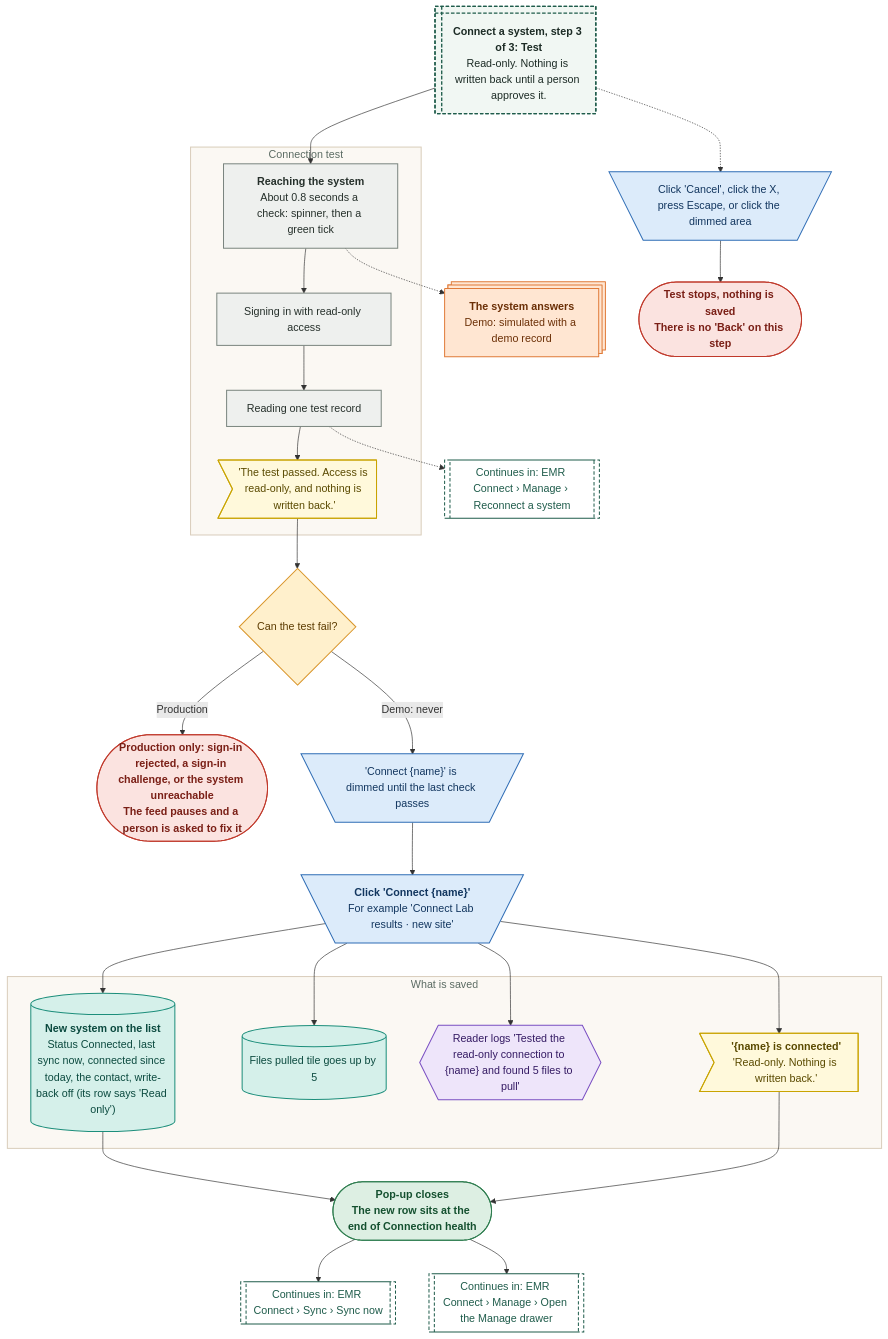
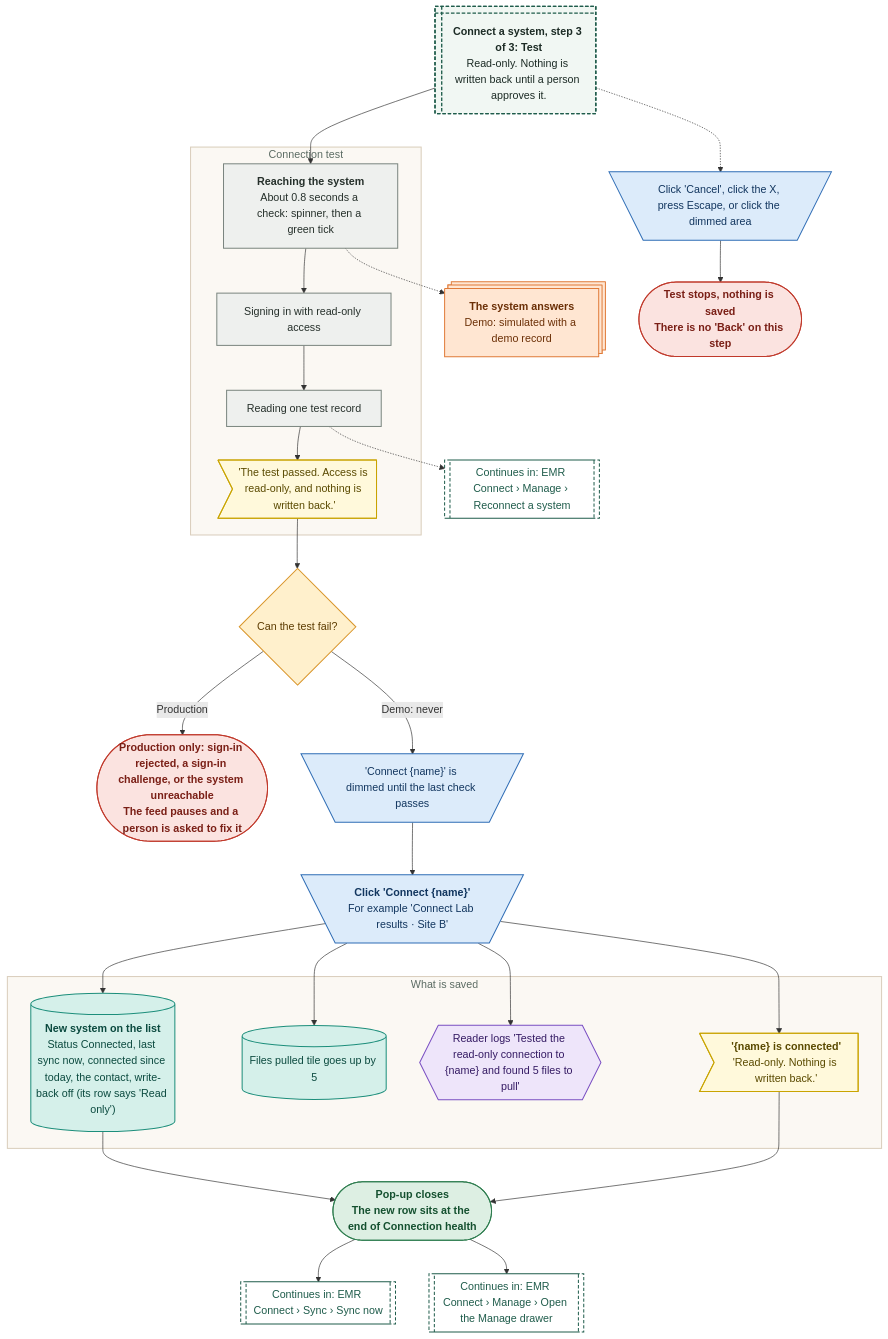
The ninth of 21 diagrams in demos/prior-auth-demo/workflows/out/md/09-emr-connect.md (Shrav143/psyfloapp), drawn with Mermaid before and after one commit. The commit also changed other lines of this file and 251 other files, not shown here.

First line of the commit message:
docs: rebuild the workflow diagrams (291) for round 4

````diff
--- a/demos/prior-auth-demo/workflows/out/md/09-emr-connect.md
+++ b/demos/prior-auth-demo/workflows/out/md/09-emr-connect.md
@@ -566,68 +649,68 @@
 ```mermaid
 %%{init: {"theme":"base","themeVariables":{"fontFamily":"'DM Sans', 'Segoe UI', system-ui, sans-serif","fontSize":"15px","lineColor":"#5B6B63","primaryTextColor":"#1C2B25","clusterBkg":"#FBF8F3","clusterBorder":"#D9CDBB","edgeLabelBackground":"#FFFFFF"},"flowchart":{"curve":"basis","nodeSpacing":36,"rankSpacing":48,"padding":12,"htmlLabels":true,"useMaxWidth":false,"wrappingWidth":230}} }%%
 flowchart TD
   classDef k_start fill:#1F5C4B,stroke:#174638,color:#FFFFFF,stroke-width:1.5px,font-weight:600
   classDef k_end fill:#DDEFE3,stroke:#2E7D4F,color:#14502F,stroke-width:1.5px,font-weight:600
   classDef k_endx fill:#FBE3E0,stroke:#C0392B,color:#7A1F16,stroke-width:1.5px,font-weight:600
   classDef k_screen fill:#FFFDF8,stroke:#1F5C4B,color:#1C2B25,stroke-width:2px
   classDef k_overlay fill:#F1F7F3,stroke:#1F5C4B,color:#1C2B25,stroke-width:2px,stroke-dasharray:5 3
   classDef k_click fill:#DCEBFA,stroke:#2F6DB5,color:#12365F,stroke-width:1.5px
   classDef k_input fill:#E4E7FF,stroke:#4C5FD5,color:#1D2670,stroke-width:1.5px
   classDef k_process fill:#EEF0EE,stroke:#7A857F,color:#26302B,stroke-width:1.5px
   classDef k_agent fill:#EEE5FA,stroke:#7A4FC2,color:#341A63,stroke-width:1.5px
   classDef k_decision fill:#FFF0CC,stroke:#D9962B,color:#5C3B00,stroke-width:1.5px
   classDef k_store fill:#D5F0EA,stroke:#1C8E7B,color:#0B4A3F,stroke-width:1.5px
   classDef k_doc fill:#F6E9DC,stroke:#B07A4C,color:#4A2E14,stroke-width:1.5px
   classDef k_ext fill:#FFE6D2,stroke:#E07B39,color:#6B2F06,stroke-width:1.5px
   classDef k_wait fill:#E4E8EE,stroke:#6B7C93,color:#26303D,stroke-width:1.5px
   classDef k_toast fill:#FFF9DB,stroke:#C9A400,color:#5A4A00,stroke-width:1.5px
   classDef k_goto fill:#FFFFFF,stroke:#1F5C4B,color:#1F5C4B,stroke-width:1.5px,stroke-dasharray:5 3
   o1@{ shape: win-pane, label: "<b>Connect a system, step 3 of 3: Test</b><br/>Read-only. Nothing is written back until a person approves it." }
   subgraph gTest ["Connection test"]
   k1@{ shape: rect, label: "<b>Reaching the system</b><br/>About 0.8 seconds a check: spinner, then a green tick" }
   k2@{ shape: rect, label: "Signing in with read-only access" }
   k3@{ shape: rect, label: "Reading one test record" }
   t1@{ shape: odd, label: "'The test passed. Access is read-only, and nothing is written back.'" }
   end
   x1@{ shape: st-rect, label: "<b>The system answers</b><br/>Demo: simulated with a demo record" }
   q1@{ shape: diam, label: "Can the test fail?" }
   f1@{ shape: stadium, label: "<b>Production only: sign-in rejected, a sign-in challenge, or the system unreachable</b><br/>The feed pauses and a person is asked to fix it" }
   b0@{ shape: trap-t, label: "'Connect {name}' is dimmed until the last check passes" }
-  b1@{ shape: trap-t, label: "<b>Click 'Connect {name}'</b><br/>For example 'Connect Lab results · new site'" }
+  b1@{ shape: trap-t, label: "<b>Click 'Connect {name}'</b><br/>For example 'Connect Lab results · Site B'" }
   subgraph gSave ["What is saved"]
   s1@{ shape: cyl, label: "<b>New system on the list</b><br/>Status Connected, last sync now, connected since today, the contact, write-back off (its row says 'Read only')" }
   s2@{ shape: cyl, label: "Files pulled tile goes up by 5" }
   a1@{ shape: hex, label: "Reader logs 'Tested the read-only connection to {name} and found 5 files to pull'" }
   t2@{ shape: odd, label: "<b>'{name} is connected'</b><br/>'Read-only. Nothing is written back.'" }
   end
   e1@{ shape: stadium, label: "<b>Pop-up closes</b><br/>The new row sits at the end of Connection health" }
   cx@{ shape: trap-t, label: "Click 'Cancel', click the X, press Escape, or click the dimmed area" }
   e2@{ shape: stadium, label: "<b>Test stops, nothing is saved</b><br/>There is no 'Back' on this step" }
   g1@{ shape: subproc, label: "Continues in: EMR Connect › Sync › Sync now" }
   g2@{ shape: subproc, label: "Continues in: EMR Connect › Manage › Open the Manage drawer" }
   g3@{ shape: subproc, label: "Continues in: EMR Connect › Manage › Reconnect a system" }
   o1 --> k1 --> k2 --> k3 --> t1
   k1 -.-> x1
   k3 -.-> g3
   t1 --> q1
   q1 -->|"Demo: never"| b0 --> b1
   q1 -->|"Production"| f1
   b1 --> s1 & s2 & a1 & t2
   s1 --> e1
   t2 --> e1
   e1 --> g1 & g2
   o1 -.-> cx --> e2
   class o1 k_overlay
   class k1,k2,k3 k_process
   class t1,t2 k_toast
   class x1 k_ext
   class q1 k_decision
   class f1,e2 k_endx
   class b0,b1,cx k_click
   class s1,s2 k_store
   class a1 k_agent
   class e1 k_end
   class g1,g2,g3 k_goto
   style gTest fill:#FBF8F3,stroke:#D9CDBB,stroke-width:1.5px,color:#5B6B63
   style gSave fill:#FBF8F3,stroke:#D9CDBB,stroke-width:1.5px,color:#5B6B63
 ```
````
